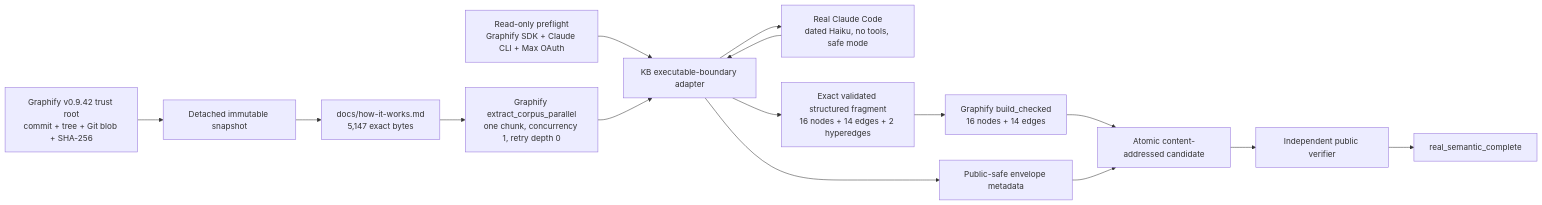
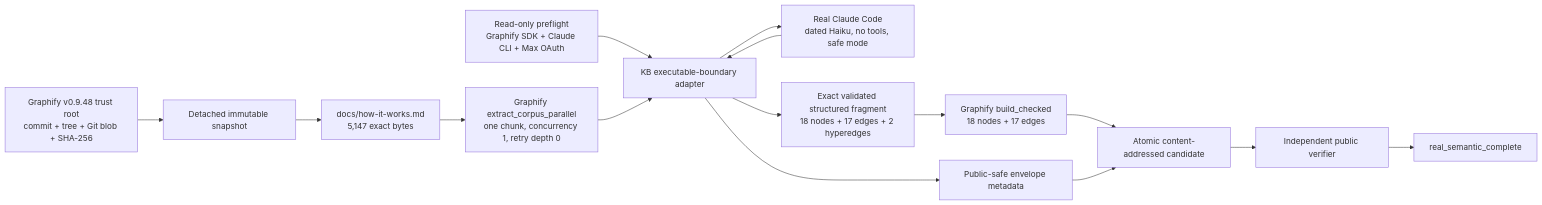
The first of 2 diagrams in docs/agents/graphify-semantic-slice.md (ray-manaloto/knowledge-base), drawn with Mermaid before and after one commit. The commit also changed other lines of this file and 11 other files, not shown here.

First line of the commit message:
feat(slice): scrub routing overrides by construction, re-attest at graphify 0.9.48 / claude 2.1.238

````diff
--- a/docs/agents/graphify-semantic-slice.md
+++ b/docs/agents/graphify-semantic-slice.md
@@ -15,17 +15,17 @@
 ```mermaid
 flowchart LR
-    PIN["Graphify v0.9.42 trust root<br/>commit + tree + Git blob + SHA-256"] --> SNAP["Detached immutable snapshot"]
+    PIN["Graphify v0.9.48 trust root<br/>commit + tree + Git blob + SHA-256"] --> SNAP["Detached immutable snapshot"]
     SNAP --> DOC["docs/how-it-works.md<br/>5,147 exact bytes"]
     PREFLIGHT["Read-only preflight<br/>Graphify SDK + Claude CLI + Max OAuth"] --> ADAPTER["KB executable-boundary adapter"]
     DOC --> GRAPHIFY["Graphify extract_corpus_parallel<br/>one chunk, concurrency 1, retry depth 0"]
     GRAPHIFY --> ADAPTER
     ADAPTER --> CLAUDE["Real Claude Code<br/>dated Haiku, no tools, safe mode"]
     CLAUDE --> ADAPTER
-    ADAPTER --> FRAGMENT["Exact validated structured fragment<br/>16 nodes + 14 edges + 2 hyperedges"]
-    FRAGMENT --> BUILD["Graphify build_checked<br/>16 nodes + 14 edges"]
+    ADAPTER --> FRAGMENT["Exact validated structured fragment<br/>18 nodes + 17 edges + 2 hyperedges"]
+    FRAGMENT --> BUILD["Graphify build_checked<br/>18 nodes + 17 edges"]
     ADAPTER --> RECEIPT["Public-safe envelope metadata"]
     BUILD --> CANDIDATE["Atomic content-addressed candidate"]
     RECEIPT --> CANDIDATE
     CANDIDATE --> VERIFY["Independent public verifier"]
     VERIFY --> COMPLETE["real_semantic_complete"]
 ```
````
